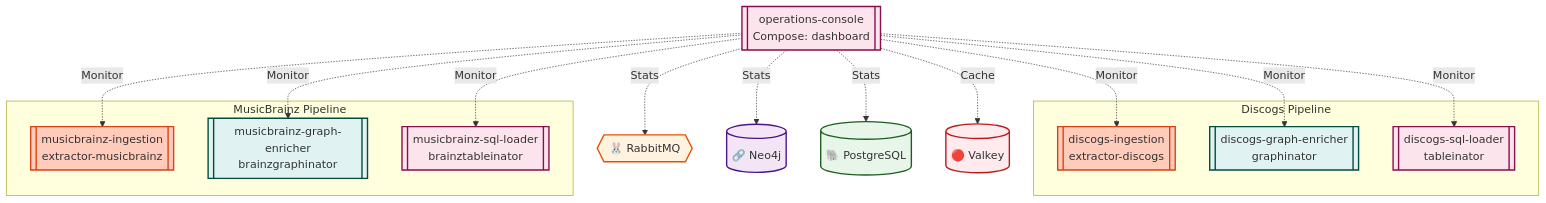
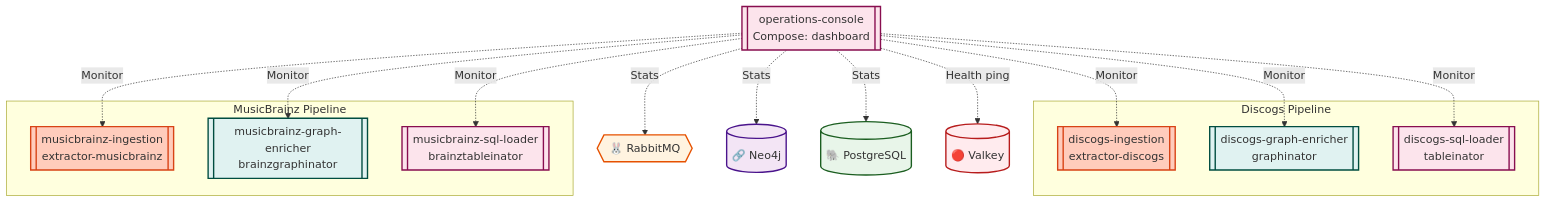
The third of 7 diagrams in docs/architecture.md (groovemap-music/deployment), drawn with Mermaid before and after one commit. The commit also changed other lines of this file and 17 other files, not shown here.

````diff
--- a/docs/architecture.md
+++ b/docs/architecture.md
@@ -167,44 +176,44 @@
 ```mermaid
 graph TD
     DASH[["operations-console<br/>Compose: dashboard"]]
 
     subgraph Discogs ["Discogs Pipeline"]
         EXT_D[["discogs-ingestion<br/>extractor-discogs"]]
         GRAPH[["discogs-graph-enricher<br/>graphinator"]]
         TABLE[["discogs-sql-loader<br/>tableinator"]]
     end
 
     subgraph MB ["MusicBrainz Pipeline"]
         EXT_MB[["musicbrainz-ingestion<br/>extractor-musicbrainz"]]
         BGRAPH[["musicbrainz-graph-enricher<br/>brainzgraphinator"]]
         BTABLE[["musicbrainz-sql-loader<br/>brainztableinator"]]
     end
 
     RMQ{{"🐰 RabbitMQ"}}
     NEO4J[("🔗 Neo4j")]
     PG[("🐘 PostgreSQL")]
     VALKEY[("🔴 Valkey")]
 
     DASH -.->|Monitor| EXT_D
     DASH -.->|Monitor| GRAPH
     DASH -.->|Monitor| TABLE
     DASH -.->|Monitor| EXT_MB
     DASH -.->|Monitor| BGRAPH
     DASH -.->|Monitor| BTABLE
     DASH -.->|Stats| RMQ
     DASH -.->|Stats| NEO4J
     DASH -.->|Stats| PG
-    DASH -.->|Cache| VALKEY
+    DASH -.->|Health ping| VALKEY
 
     style DASH fill:#fce4ec,stroke:#880e4f,stroke-width:2px
     style EXT_D fill:#ffccbc,stroke:#d84315,stroke-width:2px
     style EXT_MB fill:#ffccbc,stroke:#d84315,stroke-width:2px
     style GRAPH fill:#e0f2f1,stroke:#004d40,stroke-width:2px
     style TABLE fill:#fce4ec,stroke:#880e4f,stroke-width:2px
     style BGRAPH fill:#e0f2f1,stroke:#004d40,stroke-width:2px
     style BTABLE fill:#fce4ec,stroke:#880e4f,stroke-width:2px
     style RMQ fill:#fff3e0,stroke:#e65100,stroke-width:2px
     style NEO4J fill:#f3e5f5,stroke:#4a148c,stroke-width:2px
     style PG fill:#e8f5e9,stroke:#1b5e20,stroke-width:2px
     style VALKEY fill:#ffebee,stroke:#b71c1c,stroke-width:2px
 ```
````
